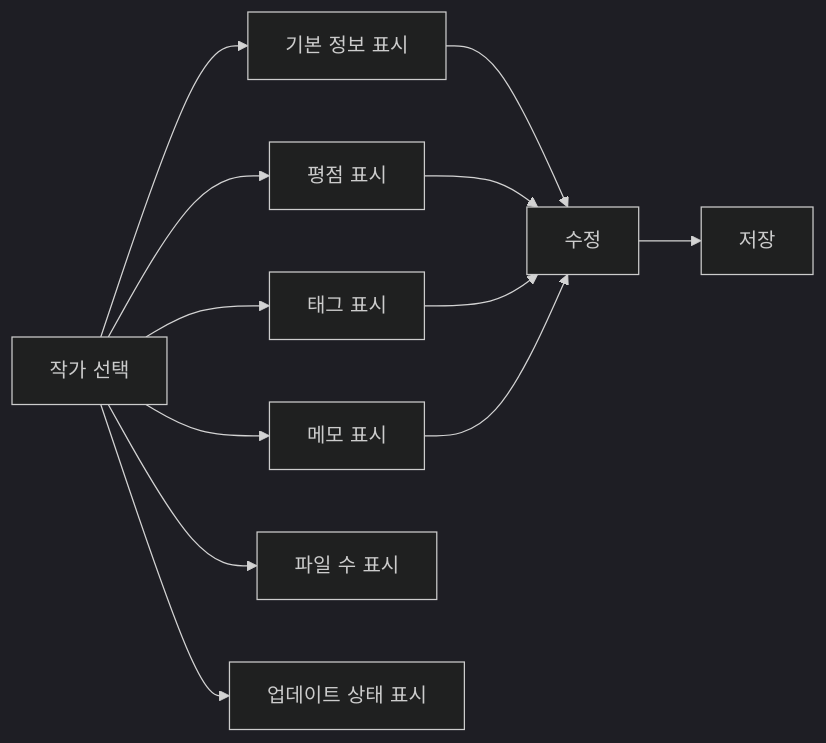
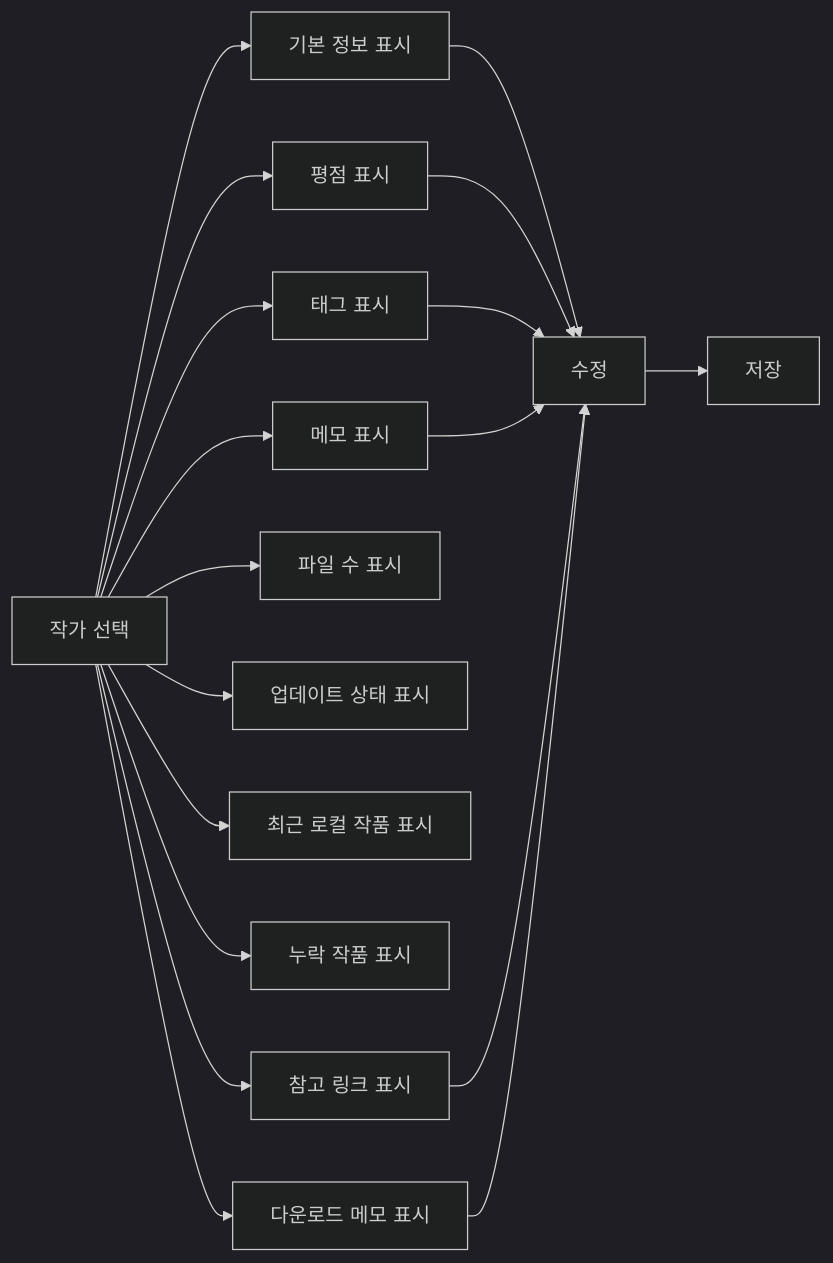
Before and after one commit to PKT0623/PixivLocalManager: the fourth of 18 diagrams in docs/03_SYSTEM_FLOW.md, drawn with Mermaid (dark theme). The commit also changed other lines of this file and 10 other files, not shown here.

````diff
--- a/docs/03_SYSTEM_FLOW.md
+++ b/docs/03_SYSTEM_FLOW.md
@@ -70,19 +70,25 @@
 ```mermaid
 flowchart LR
 
 A[작가 선택]
 
 A --> B[기본 정보 표시]
 A --> C[평점 표시]
 A --> D[태그 표시]
 A --> E[메모 표시]
 A --> F[파일 수 표시]
 A --> G[업데이트 상태 표시]
+A --> H[최근 로컬 작품 표시]
+A --> I[누락 작품 표시]
+A --> J[참고 링크 표시]
+A --> K[다운로드 메모 표시]
 
-B --> H[수정]
-C --> H
-D --> H
-E --> H
+B --> L[수정]
+C --> L
+D --> L
+E --> L
+J --> L
+K --> L
 
-H --> I[저장]
+L --> M[저장]
 ```
````
